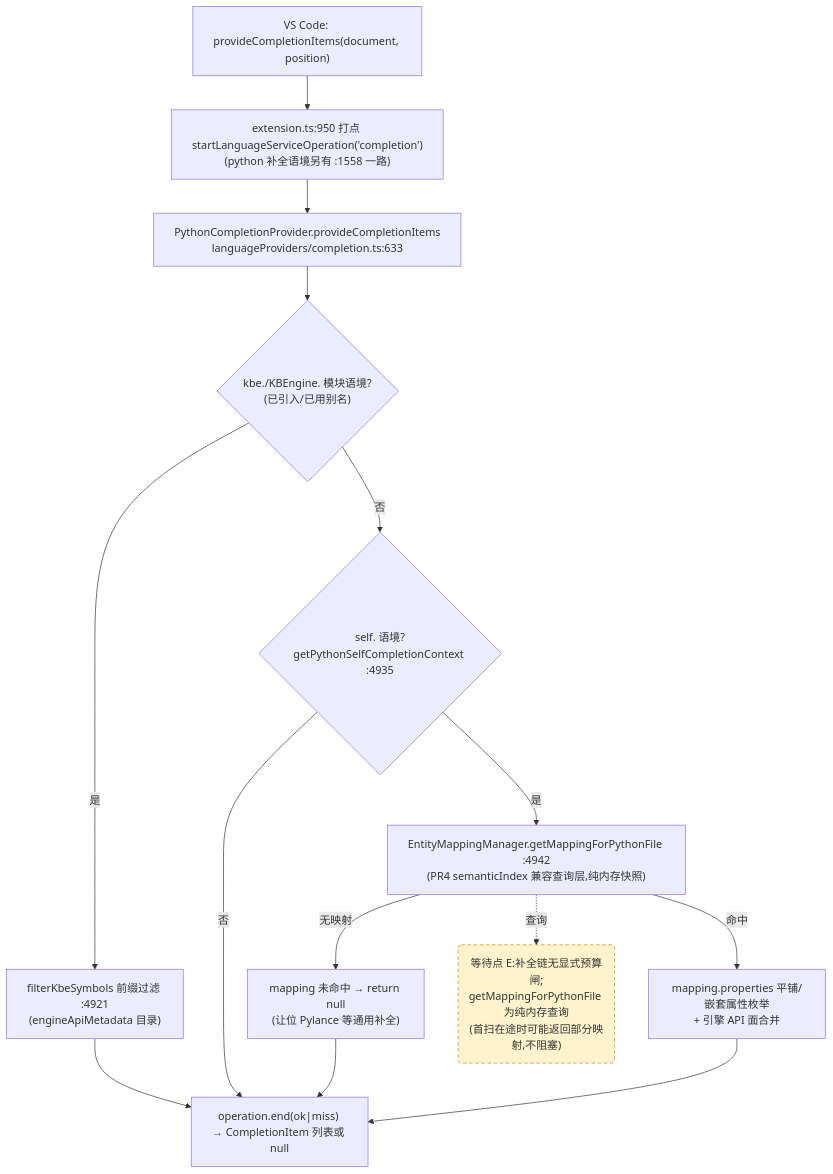
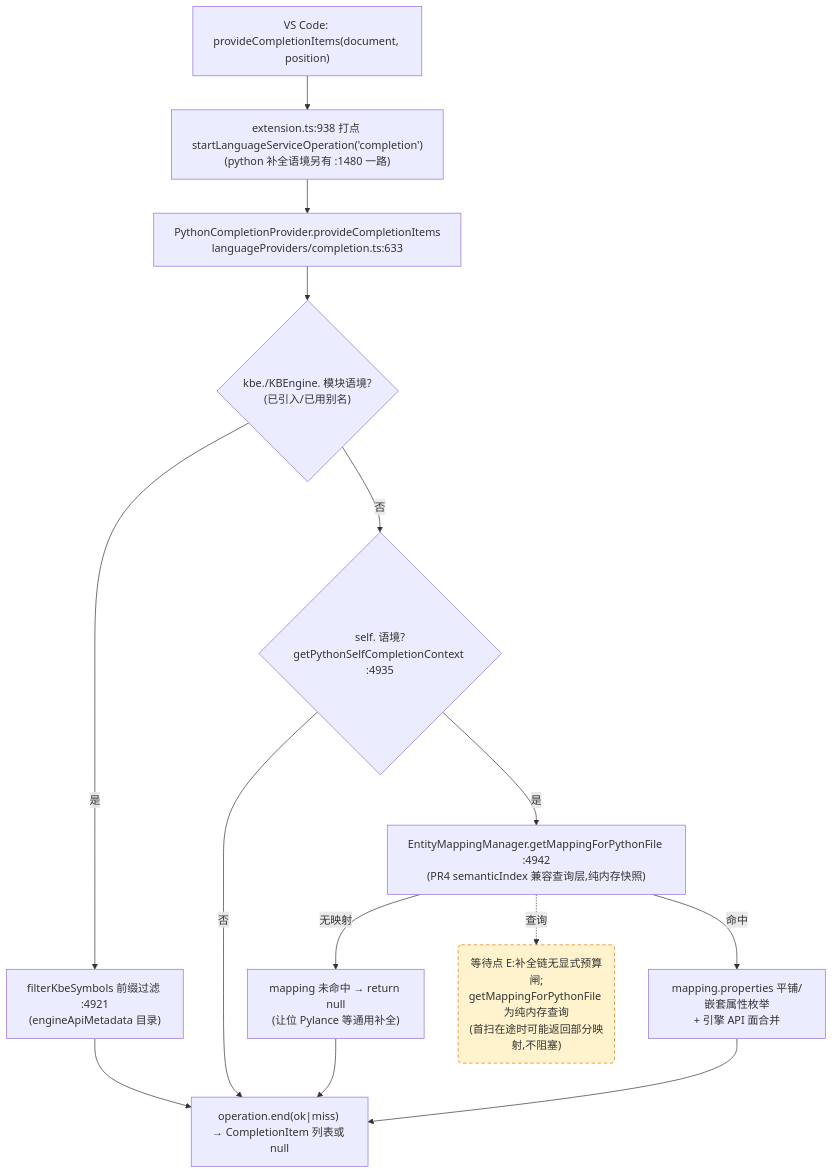
One commit to cuihairu/kode changed the third of 4 diagrams in docs/perf/2026-baseline.md. Above: the diagram before and after it, drawn with Mermaid. The commit also changed other lines of this file and 43 other files, not shown here.

````diff
--- a/docs/perf/2026-baseline.md
+++ b/docs/perf/2026-baseline.md
@@ -184,27 +184,27 @@
 ```mermaid
 flowchart TD
   VC3["VS Code: provideCompletionItems(document, position)"]
-  M3["extension.ts:950 打点 startLanguageServiceOperation('completion')<br/>(python 补全语境另有 :1558 一路)"]
+  M3["extension.ts:938 打点 startLanguageServiceOperation('completion')<br/>(python 补全语境另有 :1480 一路)"]
   CP["PythonCompletionProvider.provideCompletionItems<br/>languageProviders/completion.ts:633"]
   KBEC{"kbe./KBEngine. 模块语境?<br/>(已引入/已用别名)"}
   FILTER["filterKbeSymbols 前缀过滤 :4921<br/>(engineApiMetadata 目录)"]
   SELFC{"self. 语境?<br/>getPythonSelfCompletionContext :4935"}
   MAP["EntityMappingManager.getMappingForPythonFile :4942<br/>(PR4 semanticIndex 兼容查询层,纯内存快照)"]
   NOMAP["mapping 未命中 → return null<br/>(让位 Pylance 等通用补全)"]
   PROPS["mapping.properties 平铺/嵌套属性枚举<br/>+ 引擎 API 面合并"]
   END3["operation.end(ok|miss) → CompletionItem 列表或 null"]
 
   VC3 --> M3 --> CP --> KBEC
   KBEC -- "是" --> FILTER --> END3
   KBEC -- "否" --> SELFC
   SELFC -- "否" --> END3
   SELFC -- "是" --> MAP
   MAP -- "无映射" --> NOMAP --> END3
   MAP -- "命中" --> PROPS --> END3
 
   WAITE("等待点 E:补全链无显式预算闸;<br/>getMappingForPythonFile 为纯内存查询<br/>(首扫在途时可能返回部分映射,不阻塞)")
   MAP -.->|查询| WAITE
 
   classDef waitPoint fill:#fff3cd,stroke:#d97706,stroke-dasharray:5 4;
   class WAITE waitPoint;
 ```
````
